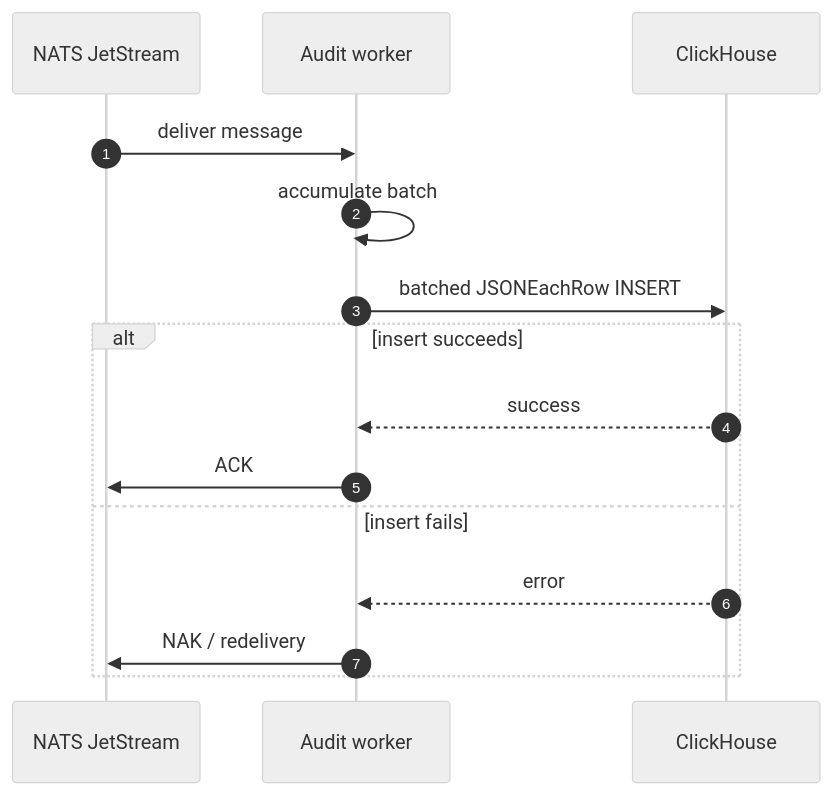
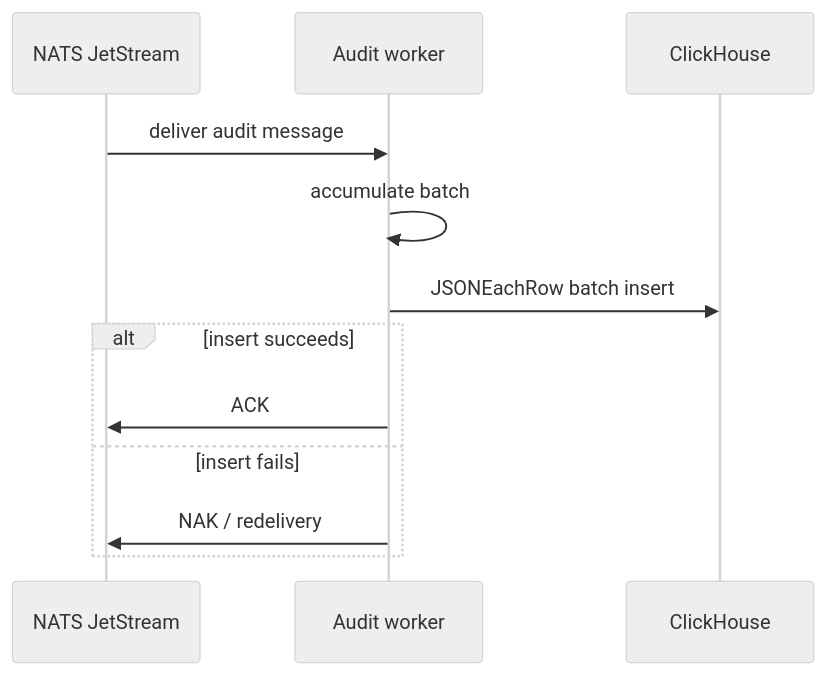
One commit to Jstarzz/geotagger changed the seventh of 11 diagrams in docs/ARCHITECTURE.md. Above: the diagram before and after it, drawn with Mermaid (neutral theme). The commit also changed other lines of this file, not shown here.

````diff
--- a/docs/ARCHITECTURE.md
+++ b/docs/ARCHITECTURE.md
@@ -248,17 +220,14 @@
 ```mermaid
 sequenceDiagram
-    autonumber
     participant N as NATS JetStream
     participant W as Audit worker
     participant C as ClickHouse
-    N->>W: deliver message
+    N->>W: deliver audit message
     W->>W: accumulate batch
-    W->>C: batched JSONEachRow INSERT
+    W->>C: JSONEachRow batch insert
     alt insert succeeds
-        C-->>W: success
         W->>N: ACK
     else insert fails
-        C-->>W: error
         W->>N: NAK / redelivery
     end
 ```
````
